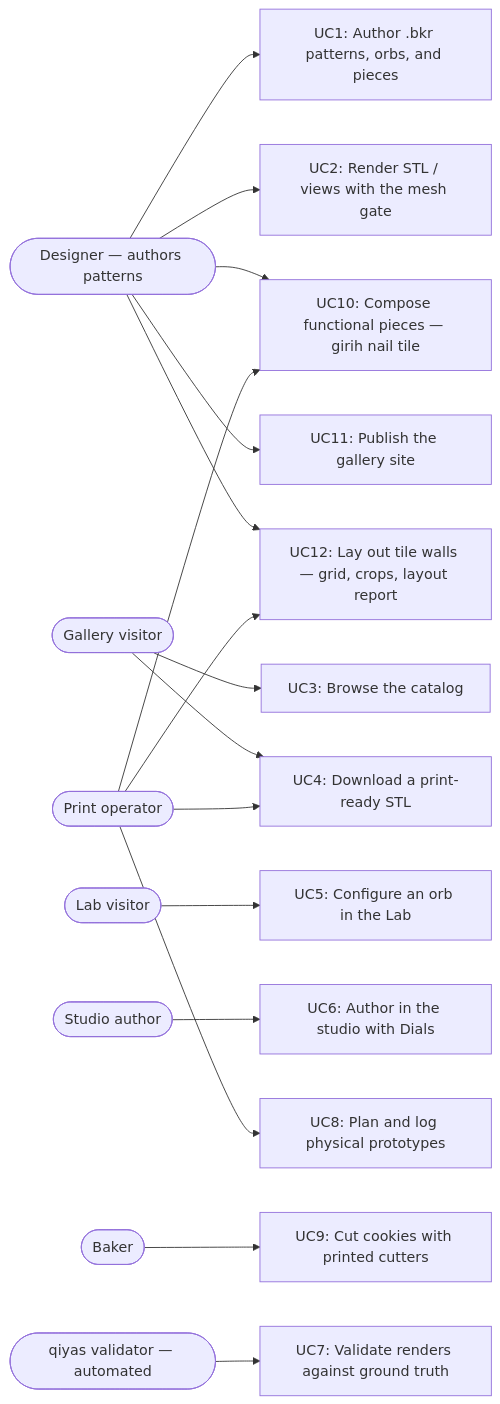
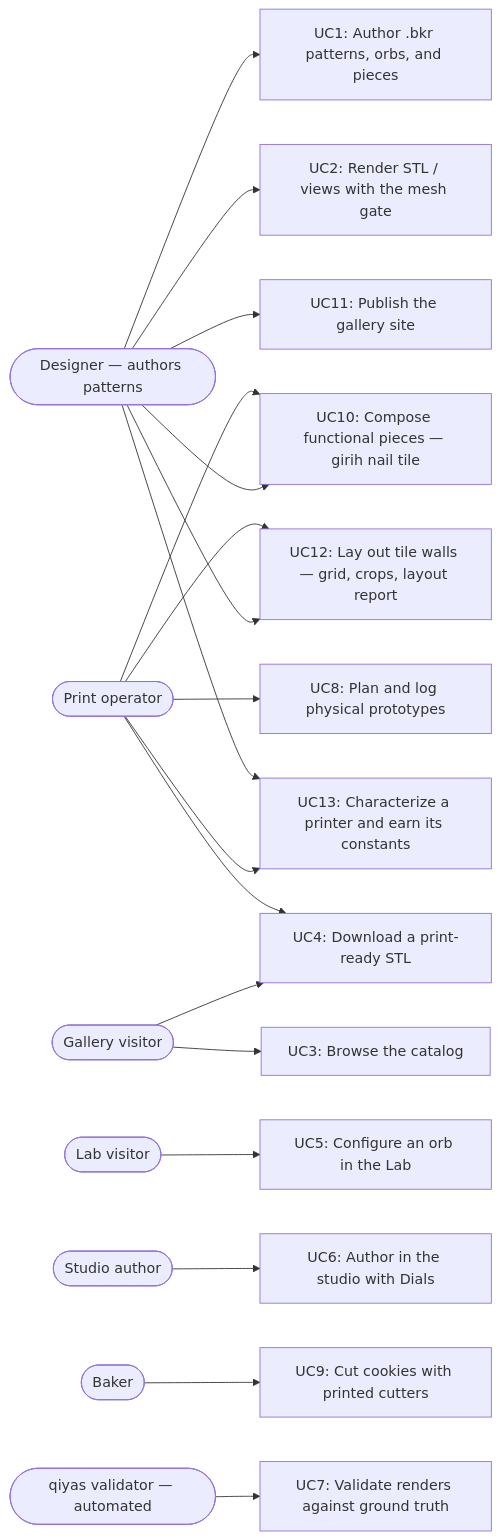
The diagram in .claude/skills/maintain-use-cases/use-cases.md (omars-lab/3d-models), drawn with Mermaid before and after one commit. The commit also changed other lines of this file, not shown here.

````diff
--- a/.claude/skills/maintain-use-cases/use-cases.md
+++ b/.claude/skills/maintain-use-cases/use-cases.md
@@ -22,26 +22,28 @@
 ```mermaid
 flowchart LR
   designer([Designer — authors patterns])
   visitor([Gallery visitor])
   labuser([Lab visitor])
   studiouser([Studio author])
   printop([Print operator])
   baker([Baker])
   validator([qiyas validator — automated])
 
   designer --> UC1[UC1: Author .bkr patterns, orbs, and pieces]
   designer --> UC2[UC2: Render STL / views with the mesh gate]
   designer --> UC10[UC10: Compose functional pieces — girih nail tile]
   designer --> UC11[UC11: Publish the gallery site]
   designer --> UC12[UC12: Lay out tile walls — grid, crops, layout report]
   visitor --> UC3[UC3: Browse the catalog]
   visitor --> UC4[UC4: Download a print-ready STL]
   labuser --> UC5[UC5: Configure an orb in the Lab]
   studiouser --> UC6[UC6: Author in the studio with Dials]
   printop --> UC4
   printop --> UC8[UC8: Plan and log physical prototypes]
   printop --> UC10
   printop --> UC12
+  printop --> UC13[UC13: Characterize a printer and earn its constants]
+  designer --> UC13
   baker --> UC9[UC9: Cut cookies with printed cutters]
   validator --> UC7[UC7: Validate renders against ground truth]
 ```
````
